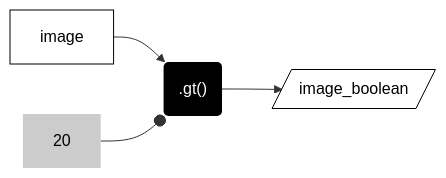
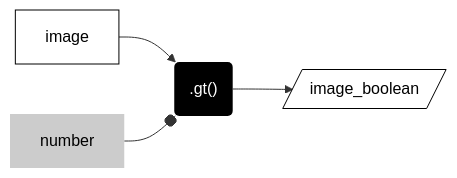
The first of 3 diagrams in src/methods/reclassify.md (jeffhowarth/ee-edu), drawn with Mermaid before and after one commit. The commit also changed other lines of this file and 23 other files, not shown here.

````diff
--- a/src/methods/reclassify.md
+++ b/src/methods/reclassify.md
@@ -13,22 +19,22 @@
 ``` mermaid
 graph LR
   input[image]
   method(".gt()") ;
   output[/"image_boolean"/]  ;
-  arg1["20"]  ;
+  arg1["number"]  ;
 
   input --> method
   method --> output
   arg1 --o method
 
 
   classDef in-out fill:#FFFFFF,stroke-width:1px,stroke: #000000, color:#000000; 
   classDef op fill:#000000,stroke-width:0px,color:#FFFFFF;
   classDef arg fill:#CCCCCC,stroke-width:0px,color:#000000;
   
 
   class input in-out; 
   class method op;
   class output in-out;
   class arg1 arg;
 ```
````
